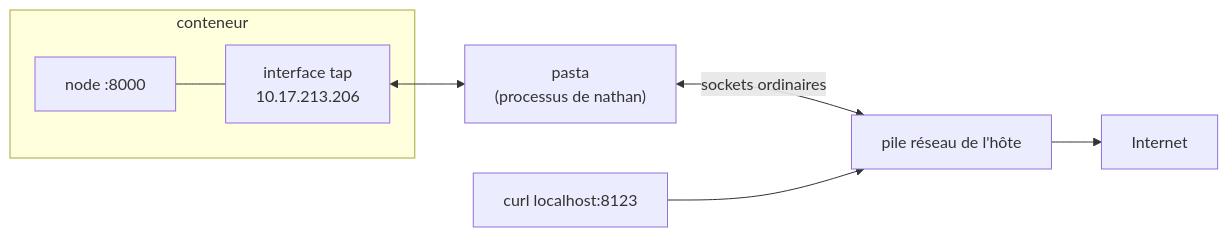
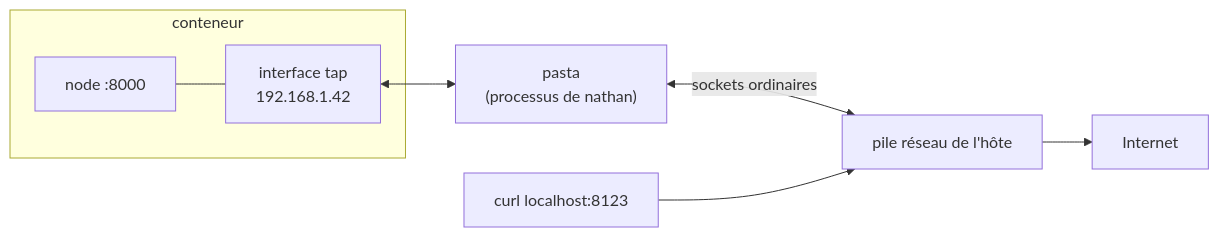
The ninth of 12 diagrams in EXPLICATIONS.md (CrazzyBuilds/minibox), drawn with Mermaid before and after one commit. The commit also changed other lines of this file and 2 other files, not shown here.

Commit message:
Licence MIT ; adresse IP locale remplacée par un exemple

````diff
--- a/EXPLICATIONS.md
+++ b/EXPLICATIONS.md
@@ -778,10 +778,10 @@
 ```mermaid
 flowchart LR
     subgraph conteneur
-      N["node :8000"] --- T["interface tap<br/>10.17.213.206"]
+      N["node :8000"] --- T["interface tap<br/>192.168.1.42"]
     end
     T <--> P["pasta<br/>(processus de nathan)"]
     P <-->|"sockets ordinaires"| HS["pile réseau de l'hôte"]
     CU["curl localhost:8123"] --> HS
     HS --> I["Internet"]
 ```
````
